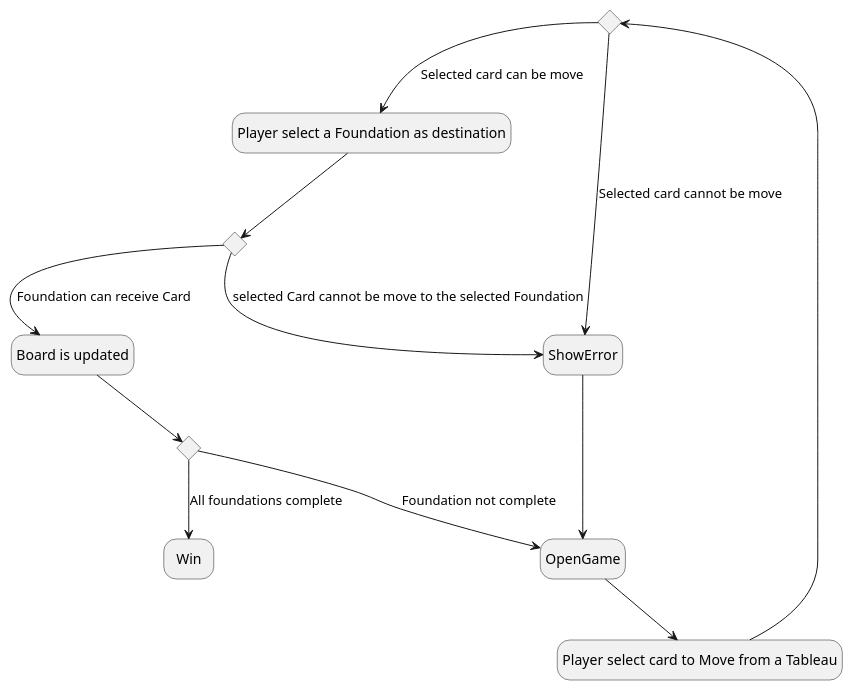
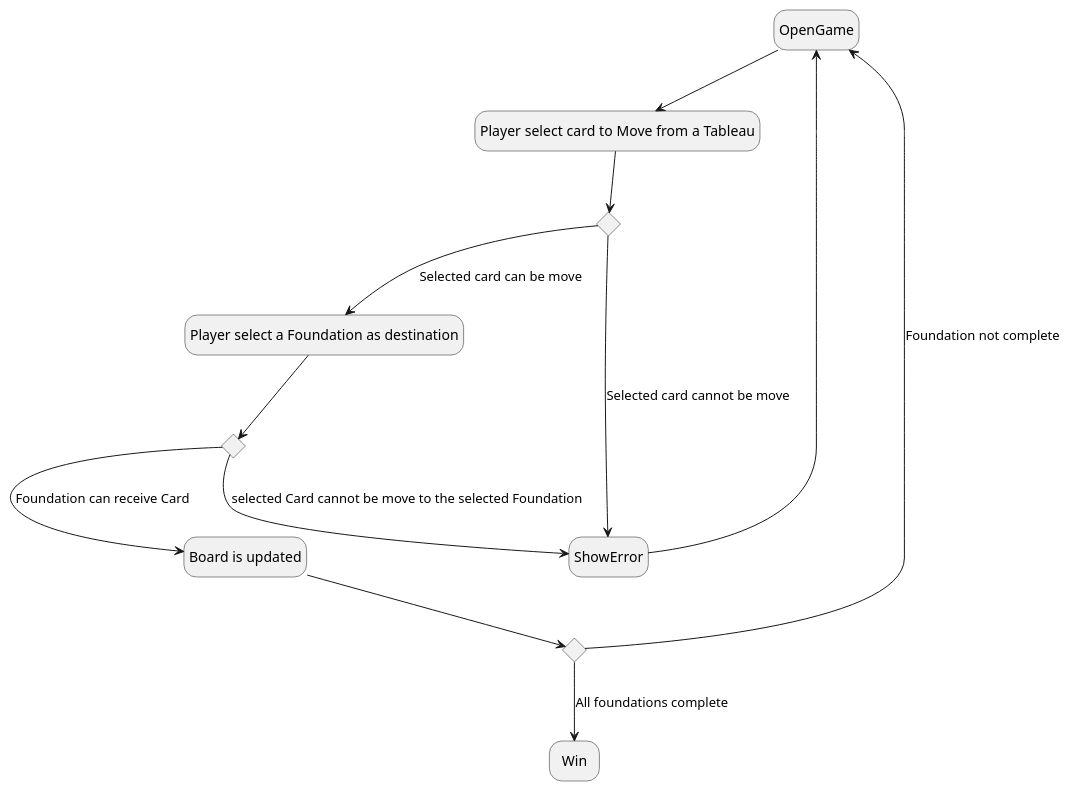
Before and after one commit to Troteaga/klondike: the seventh of 15 diagrams in docs/UseCases.plantuml, drawn with PlantUML. The commit also changed other lines of this file, not shown here.

```diff
--- a/docs/UseCases.plantuml
+++ b/docs/UseCases.plantuml
@@ -85,23 +88,23 @@
 @startuml
 state choice1 <<choice>> 
 state choice2 <<choice>>
 state choice3 <<choice>> 
 
 hide empty description 
 state "Player select card to Move from a Tableau" as 1
 state "Player select a Foundation as destination" as 2
 state "Board is updated" as 3
-OpenGame --> 1
+OpenGame -down-> 1
 
 1 --> choice1
 choice1 --> 2: Selected card can be move
 choice1 --> ShowError : Selected card cannot be move
 
 2-down-> choice2
 choice2 --> ShowError : selected Card cannot be move to the selected Foundation
 choice2 --> 3: Foundation can receive Card
 3--> choice3
 choice3 --> Win: All foundations complete
 choice3 --> OpenGame: Foundation not complete
-ShowError --> OpenGame
+ShowError -up-> OpenGame
 @enduml
```
